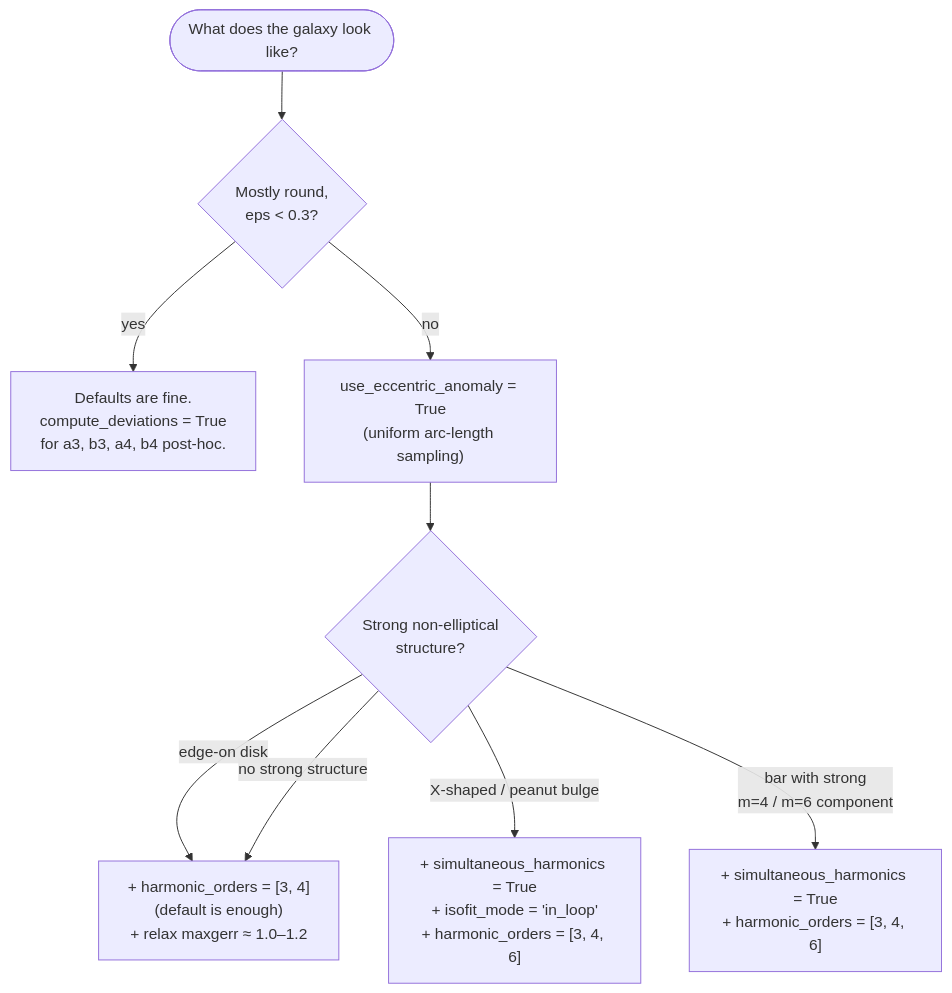
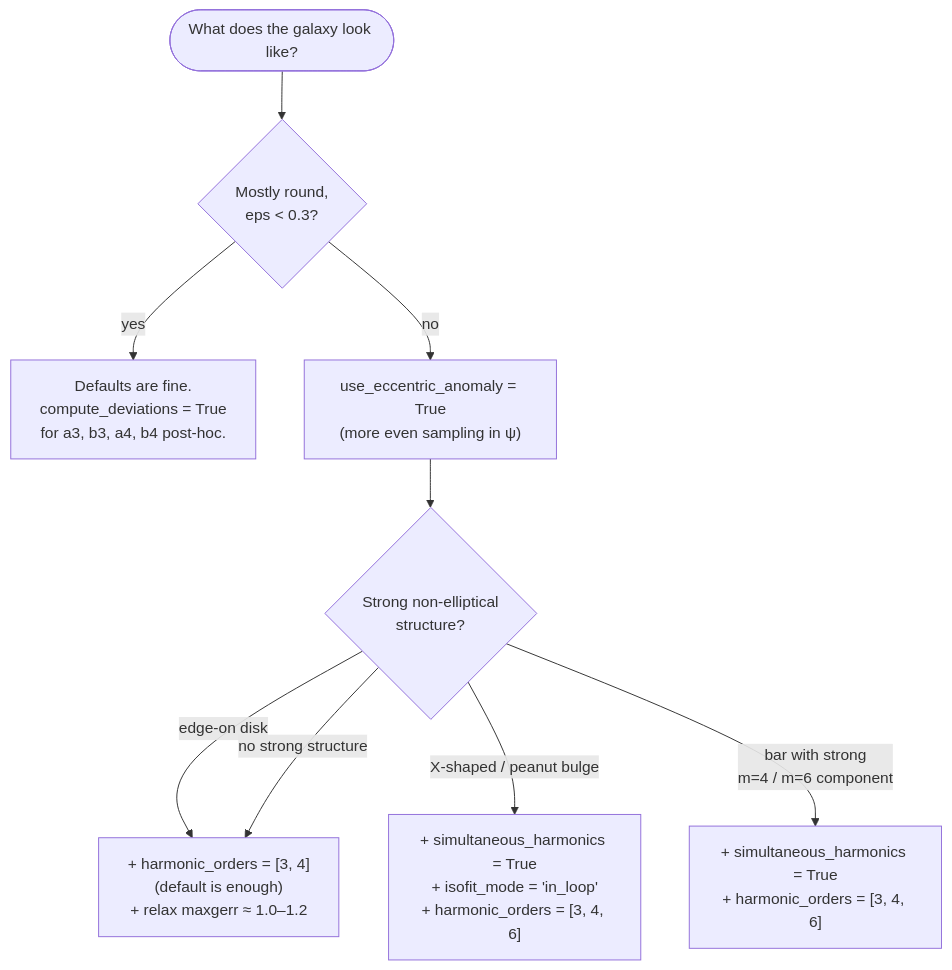
Before and after one commit to MassiveSeaOtters/isoster: the third of 5 diagrams in docs/reference/configuration-decision-tree.md, drawn with Mermaid. The commit also changed other lines of this file and 32 other files, not shown here.

````diff
--- a/docs/reference/configuration-decision-tree.md
+++ b/docs/reference/configuration-decision-tree.md
@@ -95,11 +99,11 @@
 ```mermaid
 flowchart TD
     G([What does the galaxy look like?]) --> Round{"Mostly round,<br/>eps &lt; 0.3?"}
     Round -- yes --> Default["Defaults are fine.<br/>compute_deviations = True<br/>for a3, b3, a4, b4 post-hoc."]
-    Round -- no --> HighEps["use_eccentric_anomaly = True<br/>(uniform arc-length sampling)"]
+    Round -- no --> HighEps["use_eccentric_anomaly = True<br/>(more even sampling in ψ)"]
     HighEps --> Shape{"Strong non-elliptical<br/>structure?"}
     Shape -- "edge-on disk" --> Edge["+ harmonic_orders = [3, 4]<br/>(default is enough)<br/>+ relax maxgerr ≈ 1.0–1.2"]
     Shape -- "X-shaped / peanut bulge" --> XB["+ simultaneous_harmonics = True<br/>+ isofit_mode = 'in_loop'<br/>+ harmonic_orders = [3, 4, 6]"]
     Shape -- "bar with strong<br/>m=4 / m=6 component" --> Bar["+ simultaneous_harmonics = True<br/>+ harmonic_orders = [3, 4, 6]"]
     Shape -- "no strong structure" --> Edge
 ```
````
